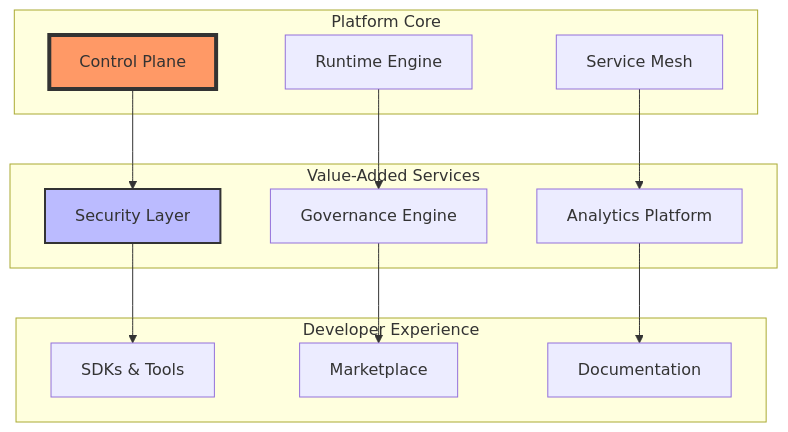
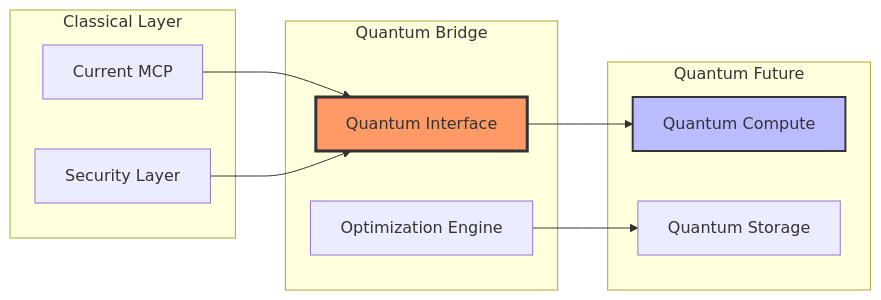
Before and after one commit to felipepimentel/my-public-notes: the third of 10 diagrams in docs/AI/Comunicação/MCP/16-mcp-analise preditiva.md, drawn with Mermaid. The commit also changed other lines of this file and 2 other files, not shown here.

````diff
--- a/docs/AI/Comunicação/MCP/16-mcp-analise preditiva.md
+++ b/docs/AI/Comunicação/MCP/16-mcp-analise preditiva.md
@@ -176,31 +89,25 @@
 ```mermaid
-graph TD
-    subgraph "Platform Core"
-        PC[Control Plane]
-        RT[Runtime Engine]
-        SM[Service Mesh]
+graph LR
+    subgraph "Classical Layer"
+        CL[Current MCP]
+        CS[Security Layer]
     end
     
-    subgraph "Value-Added Services"
-        SEC[Security Layer]
-        GOV[Governance Engine]
-        ANL[Analytics Platform]
+    subgraph "Quantum Bridge"
+        QB[Quantum Interface]
+        QO[Optimization Engine]
     end
     
-    subgraph "Developer Experience"
-        SDK[SDKs & Tools]
-        MKT[Marketplace]
-        DOC[Documentation]
+    subgraph "Quantum Future"
+        QC[Quantum Compute]
+        QS[Quantum Storage]
     end
     
-    PC --> SEC
-    RT --> GOV
-    SM --> ANL
+    CL --> QB
+    CS --> QB
+    QB --> QC
+    QO --> QS
     
-    SEC --> SDK
-    GOV --> MKT
-    ANL --> DOC
-    
-    style PC fill:#f96,stroke:#333,stroke-width:4px
-    style SEC fill:#bbf,stroke:#333,stroke-width:2px
+    style QB fill:#f96,stroke:#333,stroke-width:3px
+    style QC fill:#bbf,stroke:#333,stroke-width:2px
 ```
````
